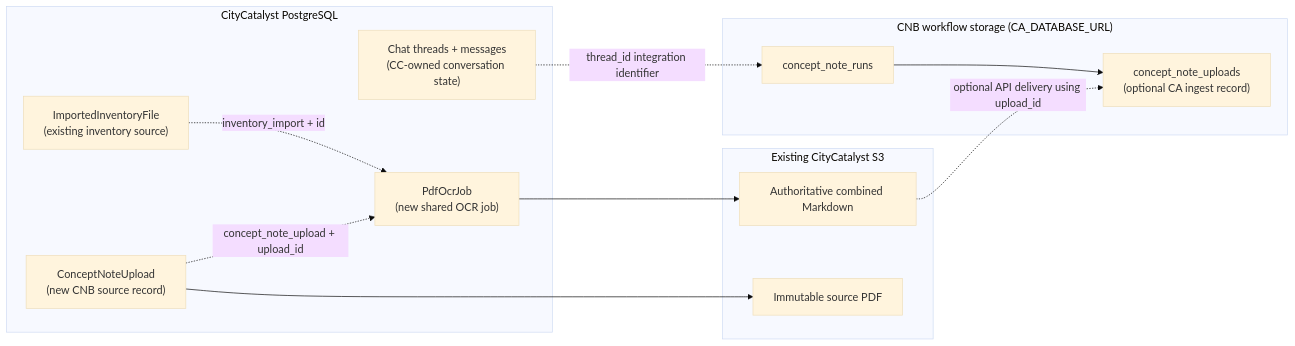
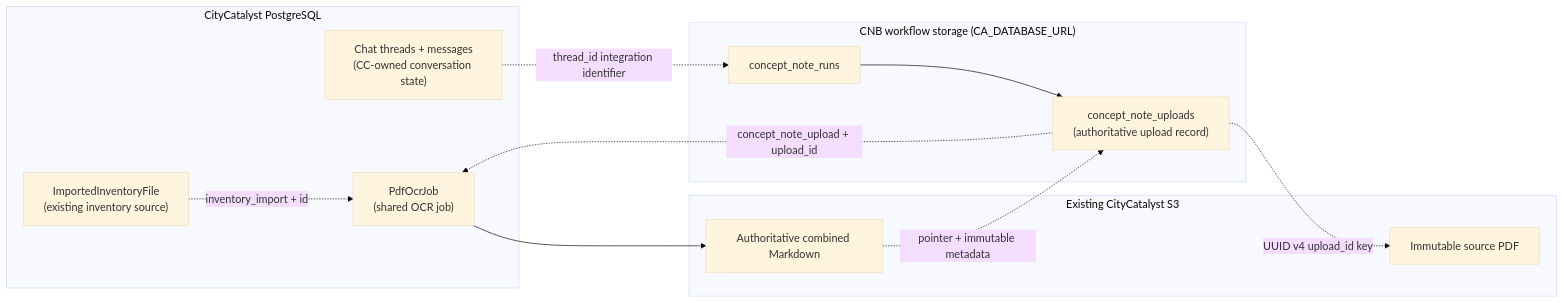
The third of 14 diagrams in docs/ConceptNoteBuilderArchitecture.md (Open-Earth-Foundation/CityCatalyst), drawn with Mermaid (base theme) before and after one commit. The commit also changed other lines of this file and 15 other files, not shown here.

First line of the commit message:
[2/2] CC-609: Connect CNB uploads to PDF OCR (#2938)

````diff
--- a/docs/ConceptNoteBuilderArchitecture.md
+++ b/docs/ConceptNoteBuilderArchitecture.md
@@ -239,27 +239,26 @@
 ```mermaid
 flowchart LR
     subgraph CCDB["CityCatalyst PostgreSQL"]
         Inventory["ImportedInventoryFile<br/>(existing inventory source)"]
         Chat["Chat threads + messages<br/>(CC-owned conversation state)"]
-        CNUpload["ConceptNoteUpload<br/>(new CNB source record)"]
-        OCR["PdfOcrJob<br/>(new shared OCR job)"]
+        OCR["PdfOcrJob<br/>(shared OCR job)"]
     end
 
     subgraph CCS3["Existing CityCatalyst S3"]
         Source["Immutable source PDF"]
         Markdown["Authoritative combined Markdown"]
     end
 
     subgraph CNBDB["CNB workflow storage (CA_DATABASE_URL)"]
         Run["concept_note_runs"]
-        Received["concept_note_uploads<br/>(optional CA ingest record)"]
+        Upload["concept_note_uploads<br/>(authoritative upload record)"]
     end
 
     Inventory -.->|"inventory_import + id"| OCR
-    CNUpload -.->|"concept_note_upload + upload_id"| OCR
-    CNUpload --> Source
+    Upload -.->|"concept_note_upload + upload_id"| OCR
+    Upload -.->|"UUID v4 upload_id key"| Source
     OCR --> Markdown
     Chat -.->|"thread_id integration identifier"| Run
-    Run --> Received
-    Markdown -.->|"optional API delivery using upload_id"| Received
+    Run --> Upload
+    Markdown -.->|"pointer + immutable metadata"| Upload
 ```
````
